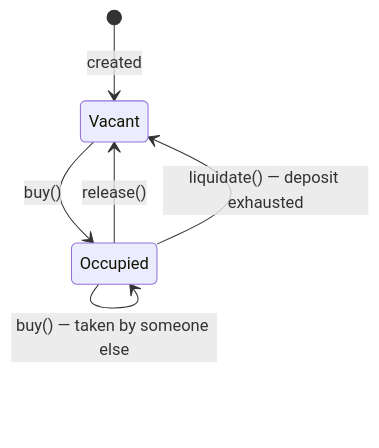
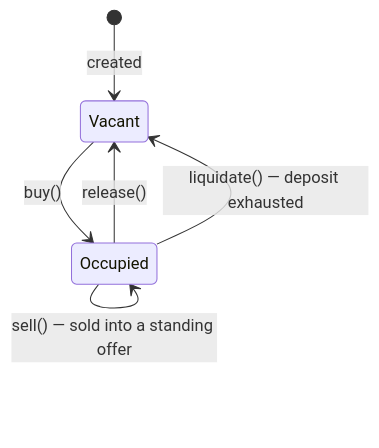
The second of 2 diagrams in apps/docs/docs/pages/concepts/slots.mdx (nezz0746/0xSlots), drawn with Mermaid before and after one commit. The commit also changed other lines of this file and 21 other files, not shown here.

First line of the commit message:
Refactor slot documentation and SDK to align with V2 architecture

````diff
--- a/apps/docs/docs/pages/concepts/slots.mdx
+++ b/apps/docs/docs/pages/concepts/slots.mdx
@@ -65,9 +62,10 @@
 ```mermaid
 stateDiagram-v2
     [*] --> Vacant: created
     Vacant --> Occupied: buy()
     Occupied --> Occupied: selfAssess() / topUp() / withdraw()
     Occupied --> Occupied: buy() — taken by someone else
+    Occupied --> Occupied: sell() — sold into a standing offer
     Occupied --> Vacant: release()
     Occupied --> Vacant: liquidate() — deposit exhausted
 ```
````
